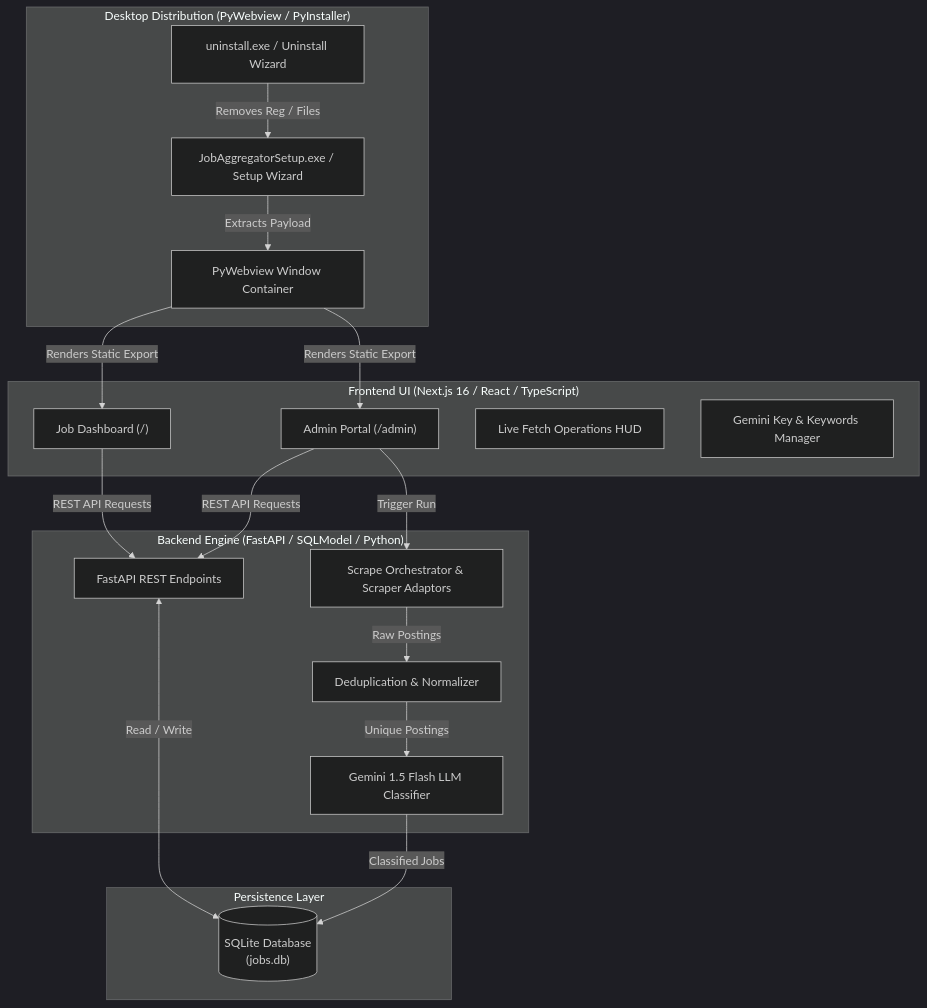
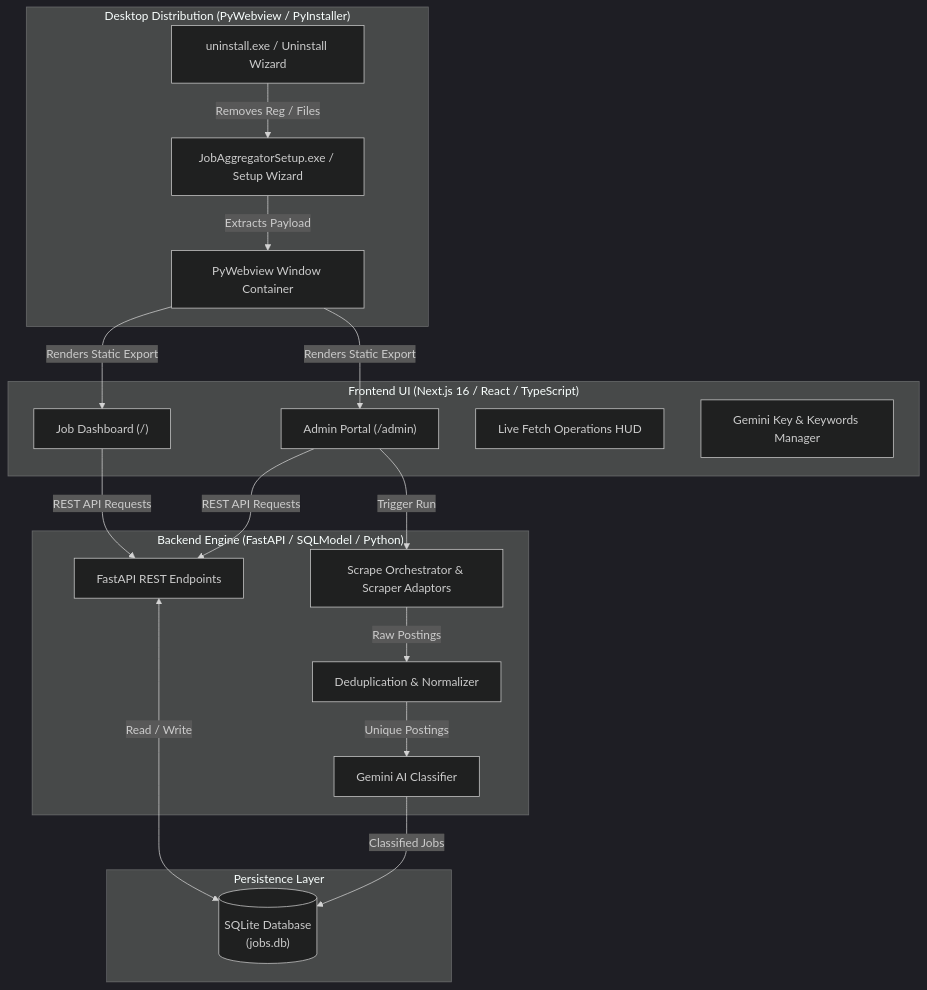
The diagram in README.md (YasiruKaveeshwara/Job-Aggregator), drawn with Mermaid (dark theme) before and after one commit. The commit also changed other lines of this file and 5 other files, not shown here.

````diff
--- a/README.md
+++ b/README.md
@@ -44,38 +62,38 @@
 ```mermaid
 flowchart TD
     subgraph Desktop ["Desktop Distribution (PyWebview / PyInstaller)"]
         Installer["JobAggregatorSetup.exe / Setup Wizard"]
         NativeWindow["PyWebview Window Container"]
         Uninstaller["uninstall.exe / Uninstall Wizard"]
     end
 
     subgraph Frontend ["Frontend UI (Next.js 16 / React / TypeScript)"]
         Dashboard["Job Dashboard (/)"]
         AdminPortal["Admin Portal (/admin)"]
         ScrapeHUD["Live Fetch Operations HUD"]
         SettingsUI["Gemini Key & Keywords Manager"]
     end
 
     subgraph Backend ["Backend Engine (FastAPI / SQLModel / Python)"]
         API["FastAPI REST Endpoints"]
         Orchestrator["Scrape Orchestrator & Scraper Adaptors"]
         DedupEngine["Deduplication & Normalizer"]
-        GeminiAI["Gemini 1.5 Flash LLM Classifier"]
+        GeminiAI["Gemini AI Classifier"]
     end
 
     subgraph Storage ["Persistence Layer"]
         DB[("SQLite Database\n(jobs.db)")]
     end
 
     Installer -->|Extracts Payload| NativeWindow
     NativeWindow -->|Renders Static Export| Dashboard
     NativeWindow -->|Renders Static Export| AdminPortal
     Dashboard -->|REST API Requests| API
     AdminPortal -->|REST API Requests| API
     AdminPortal -->|Trigger Run| Orchestrator
     Orchestrator -->|Raw Postings| DedupEngine
     DedupEngine -->|Unique Postings| GeminiAI
     GeminiAI -->|Classified Jobs| DB
     API <-->|Read / Write| DB
     Uninstaller -->|Removes Reg / Files| Installer
 ```
````
